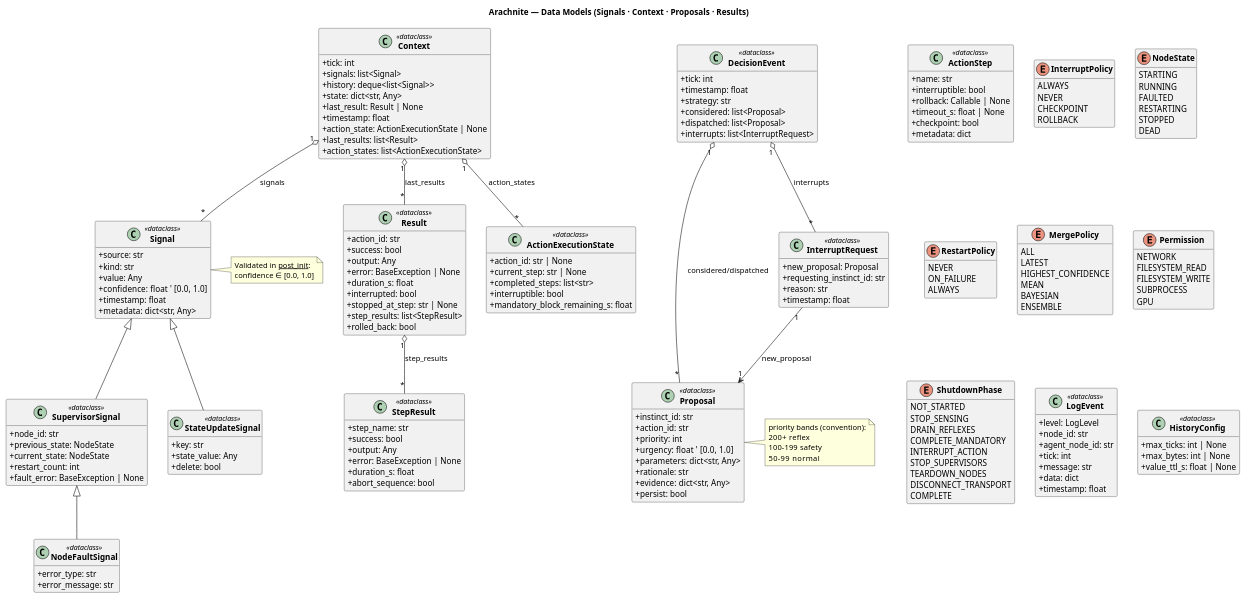
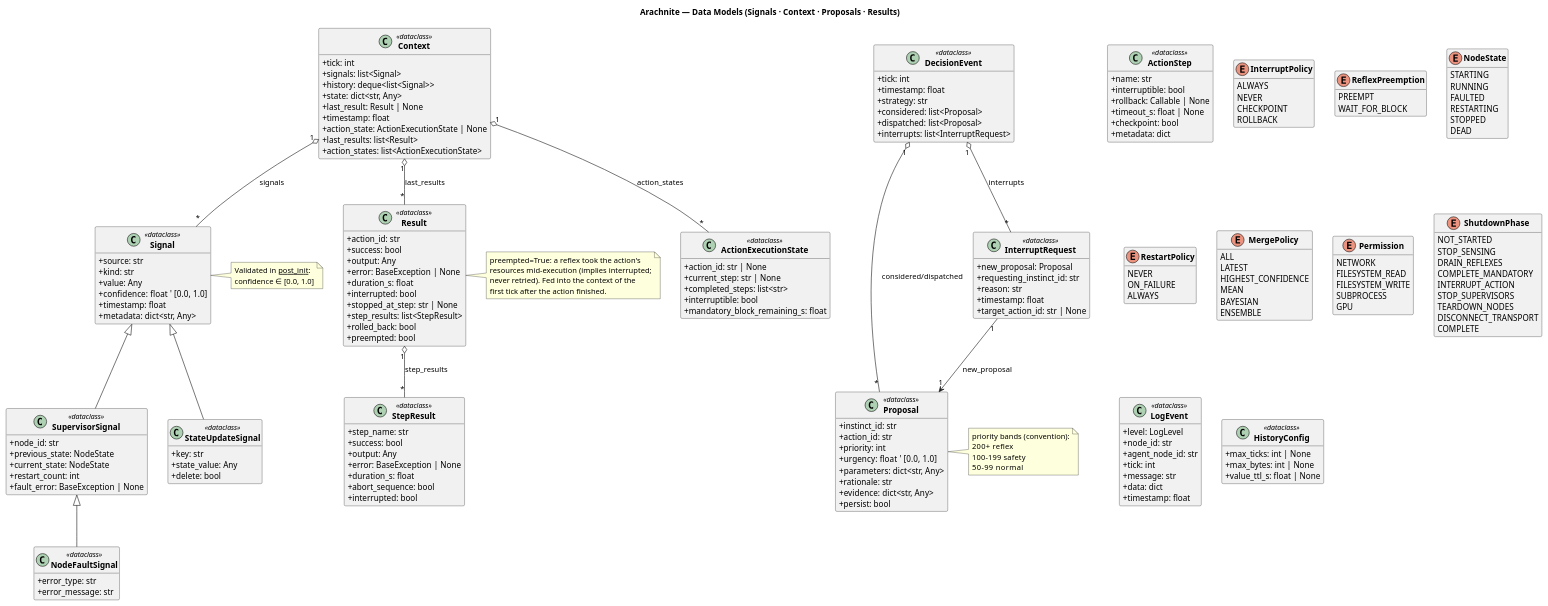
Before and after one commit to memrecolak/arachnite-oss: the diagram in docs/uml/02_data_models.puml, drawn with PlantUML. The commit also changed 14 other files, not shown here.

First line of the commit message:
Spec and UML for non-blocking dispatch and reflex arbitration (ADR 0005)

```diff
--- a/docs/uml/02_data_models.puml
+++ b/docs/uml/02_data_models.puml
@@ -48,6 +48,7 @@
   + stopped_at_step: str | None
   + step_results: list<StepResult>
   + rolled_back: bool
+  + preempted: bool
 }
 
 ' ── Multi-step action models ─────────────────────────────────
@@ -67,6 +68,7 @@
   + error: BaseException | None
   + duration_s: float
   + abort_sequence: bool
+  + interrupted: bool
 }
 
 class InterruptRequest <<dataclass>> {
@@ -74,6 +76,7 @@
   + requesting_instinct_id: str
   + reason: str
   + timestamp: float
+  + target_action_id: str | None
 }
 
 class ActionExecutionState <<dataclass>> {
@@ -89,6 +92,11 @@
   NEVER
   CHECKPOINT
   ROLLBACK
+}
+
+enum ReflexPreemption {
+  PREEMPT
+  WAIT_FOR_BLOCK
 }
 
 ' ── Supervisor / bus-level signals ───────────────────────────
@@ -208,4 +216,11 @@
   50-99   normal
 end note
 
+note right of Result
+  preempted=True: a reflex took the action's
+  resources mid-execution (implies interrupted;
+  never retried). Fed into the context of the
+  first tick after the action finished.
+end note
+
 @enduml
```
